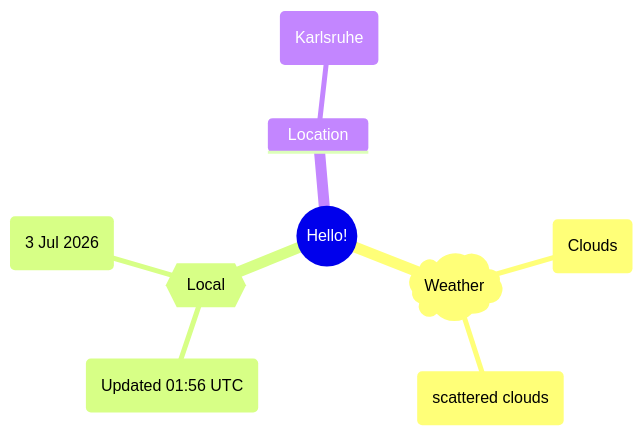
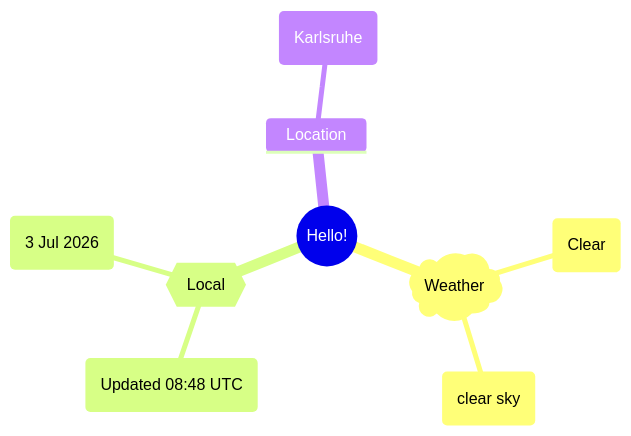
The first of 2 diagrams in README.md (Xosrov/Xosrov), drawn with Mermaid before and after one commit.

Commit message:
[bot] updated images

````diff
--- a/README.md
+++ b/README.md
@@ -3,12 +3,12 @@
 ```mermaid
 mindmap
   root((Hello!))
     )Weather(
-        (Clouds)
-        (scattered clouds)
+        (Clear)
+        (clear sky)
     {{Local}}
-        (Updated 01:56 UTC)
+        (Updated 08:48 UTC)
         (3 Jul 2026)
     Location
         (Karlsruhe)
 ```
````
